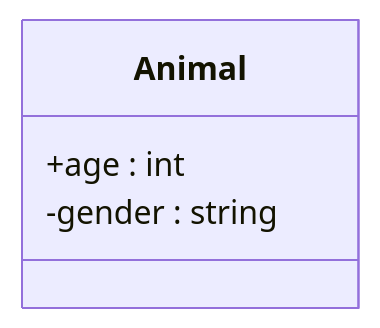
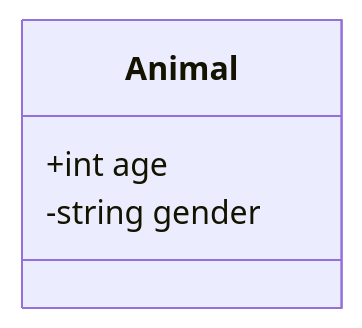
The second of 4 diagrams in Lesson02.md (ZhiZe-ZG/UMLLesson), drawn with Mermaid before and after one commit. The commit also changed other lines of this file and 3 other files, not shown here.

````diff
--- a/Lesson02.md
+++ b/Lesson02.md
@@ -46,7 +46,7 @@
 ```mermaid
 classDiagram
     class Animal{
-        +age : int
-        -gender : string
+        +int age
+        -string gender
     }
 ```
````
